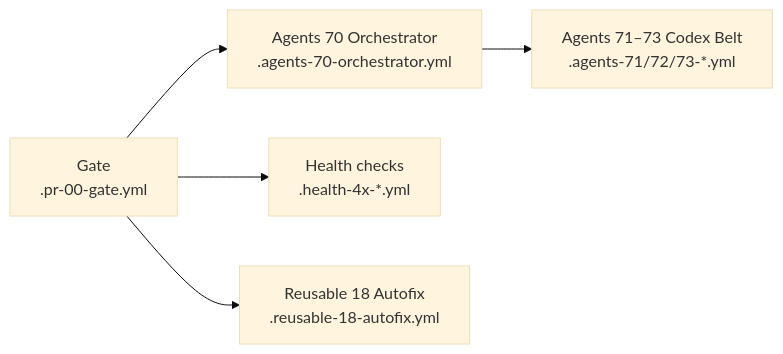
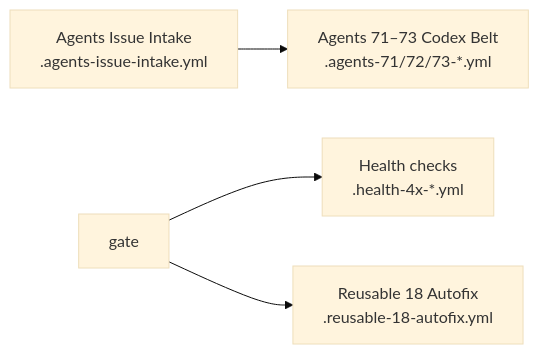
The first of 2 diagrams in docs/ci/WORKFLOWS.md (stranske/Trend_Model_Project), drawn with Mermaid (base theme) before and after one commit. The commit also changed other lines of this file and 6 other files, not shown here.

````diff
--- a/docs/ci/WORKFLOWS.md
+++ b/docs/ci/WORKFLOWS.md
@@ -10,7 +10,6 @@
 ```mermaid
 flowchart LR
-    gate["Gate\n.pr-00-gate.yml"] --> agents70["Agents 70 Orchestrator\n.agents-70-orchestrator.yml"]
+    intake["Agents Issue Intake\n.agents-issue-intake.yml"] --> agentsBelt["Agents 71–73 Codex Belt\n.agents-71/72/73-*.yml"]
     gate --> healthGuard["Health checks\n.health-4x-*.yml"]
     gate --> autofix["Reusable 18 Autofix\n.reusable-18-autofix.yml"]
-    agents70 --> agentsBelt["Agents 71–73 Codex Belt\n.agents-71/72/73-*.yml"]
 ```
````
